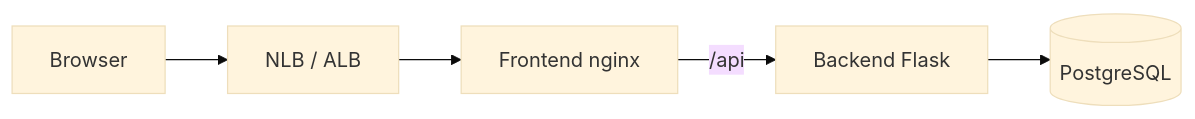
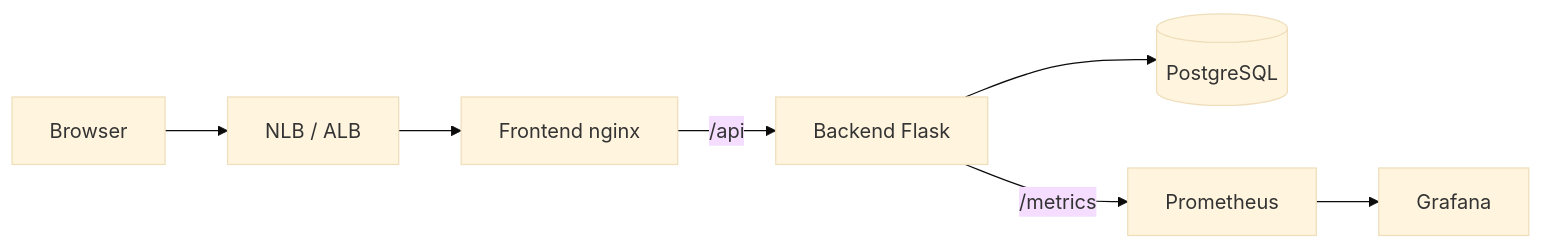
Before and after one commit to yashassuresh775/three-tier-eks-iac: the diagram in README.md, drawn with Mermaid (base theme). The commit also changed other lines of this file and 12 other files, not shown here.

First line of the commit message:
Integrate Prometheus and Grafana as a required observability stack.

````diff
--- a/README.md
+++ b/README.md
@@ -30,7 +30,9 @@
 ```mermaid
 flowchart LR
   User[Browser] --> LB[NLB / ALB]
   LB --> FE[Frontend nginx]
   FE -->|/api| BE[Backend Flask]
   BE --> DB[(PostgreSQL)]
+  BE -->|/metrics| Prom[Prometheus]
+  Prom --> Graf[Grafana]
 ```
````
